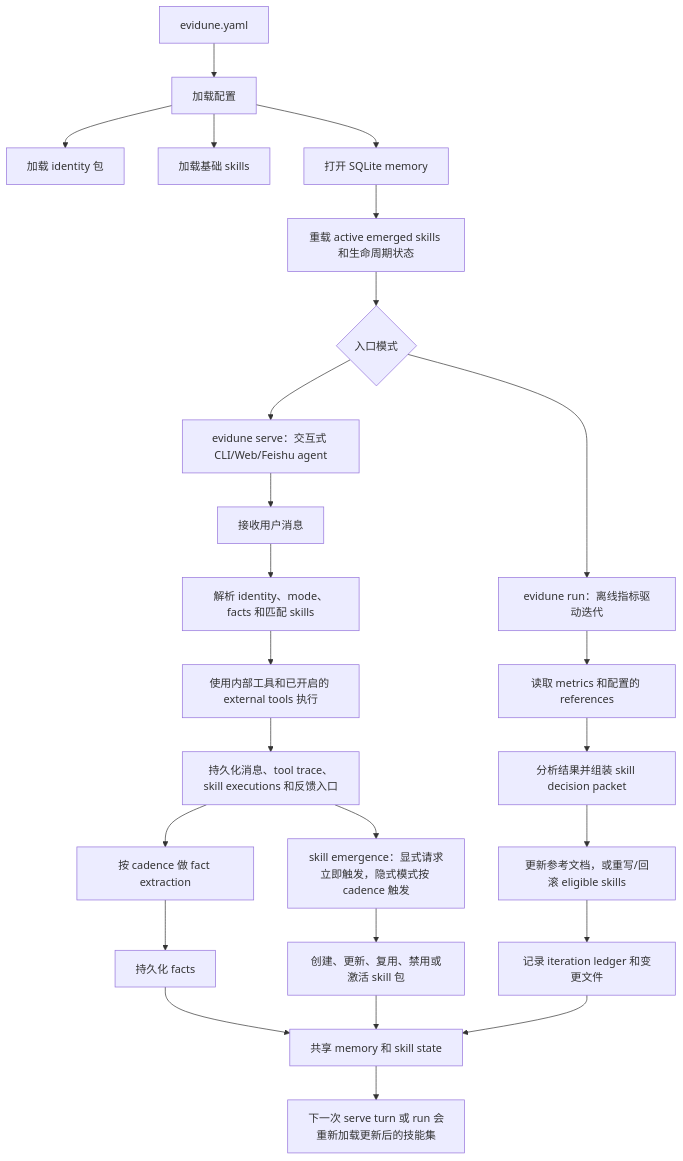
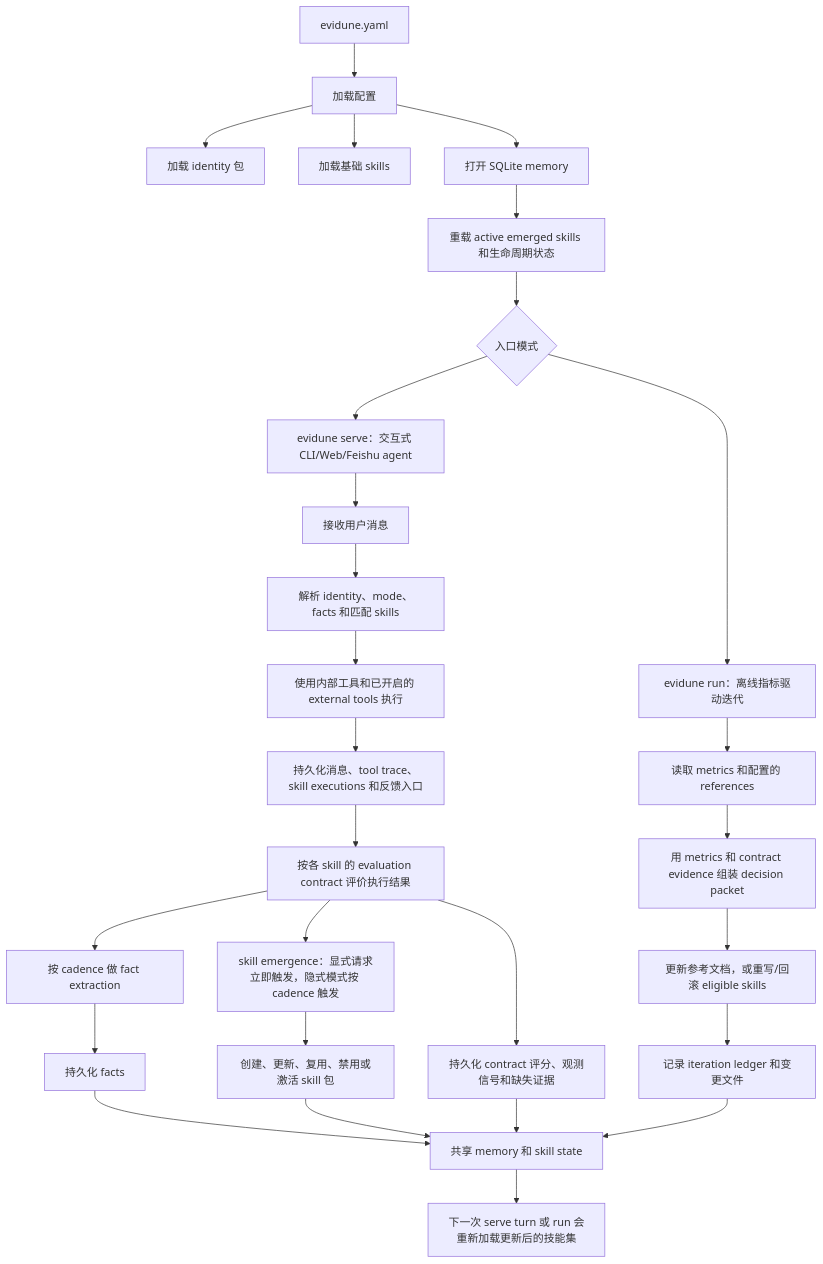
Before and after one commit to Evidune/Evidune: the diagram in README.zh-CN.md, drawn with Mermaid. The commit also changed other lines of this file and 32 other files, not shown here.

````diff
--- a/README.zh-CN.md
+++ b/README.zh-CN.md
@@ -91,32 +91,35 @@
 ```mermaid
 flowchart TD
     A["evidune.yaml"] --> B["加载配置"]
     B --> C["加载 identity 包"]
     B --> D["加载基础 skills"]
     B --> E["打开 SQLite memory"]
     E --> F["重载 active emerged skills 和生命周期状态"]
 
     F --> G{"入口模式"}
 
     G --> H["evidune serve：交互式 CLI/Web/Feishu agent"]
     H --> I["接收用户消息"]
     I --> J["解析 identity、mode、facts 和匹配 skills"]
     J --> K["使用内部工具和已开启的 external tools 执行"]
     K --> L["持久化消息、tool trace、skill executions 和反馈入口"]
-    L --> M["按 cadence 做 fact extraction"]
-    L --> N["skill emergence：显式请求立即触发，隐式模式按 cadence 触发"]
+    L --> X["按各 skill 的 evaluation contract 评价执行结果"]
+    X --> M["按 cadence 做 fact extraction"]
+    X --> N["skill emergence：显式请求立即触发，隐式模式按 cadence 触发"]
 
     G --> O["evidune run：离线指标驱动迭代"]
     O --> P["读取 metrics 和配置的 references"]
-    P --> Q["分析结果并组装 skill decision packet"]
+    P --> Q["用 metrics 和 contract evidence 组装 decision packet"]
     Q --> R["更新参考文档，或重写/回滚 eligible skills"]
 
     M --> S["持久化 facts"]
     N --> T["创建、更新、复用、禁用或激活 skill 包"]
+    X --> Y["持久化 contract 评分、观测信号和缺失证据"]
     R --> U["记录 iteration ledger 和变更文件"]
 
     S --> V["共享 memory 和 skill state"]
     T --> V
+    Y --> V
     U --> V
     V --> W["下一次 serve turn 或 run 会重新加载更新后的技能集"]
 ```
````
